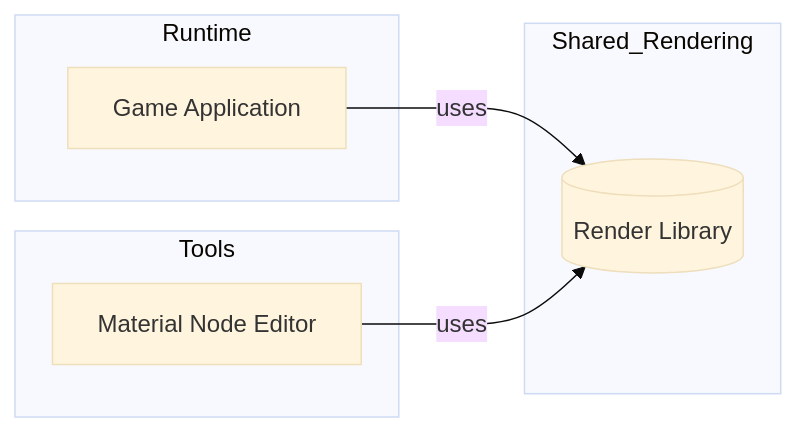
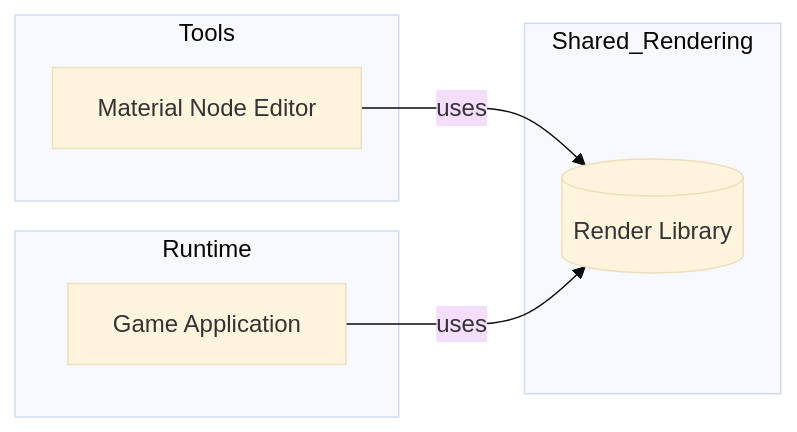
One commit to antae714/antae714.github.io changed the first of 2 diagrams in _posts/PotionAtelier/2025-07-26-MaterialEditor.md. Above: the diagram before and after it, drawn with Mermaid (base theme). The commit also changed other lines of this file and 4 other files, not shown here.

````diff
--- a/_posts/PotionAtelier/2025-07-26-MaterialEditor.md
+++ b/_posts/PotionAtelier/2025-07-26-MaterialEditor.md
@@ -37,19 +42,20 @@
 ``` mermaid
 flowchart LR
   subgraph Tools
     MNE[Material Node Editor]
+  end
+  
+  subgraph Shared_Rendering
+    RL[(Render Library)]
   end
 
   subgraph Runtime
     GA[Game Application]
   end
 
-  subgraph Shared_Rendering
-    RL[(Render Library)]
-  end
-
+  
+  MNE -->|uses| RL
   GA -->|uses| RL
-  MNE -->|uses| RL
 
 
 ```
````
